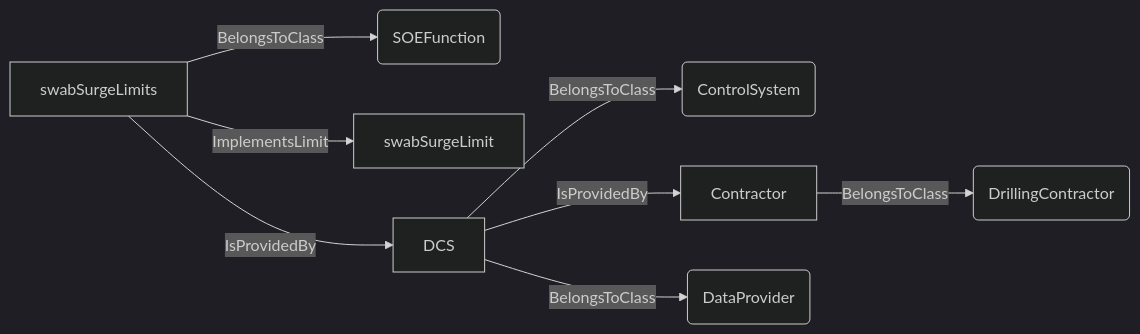
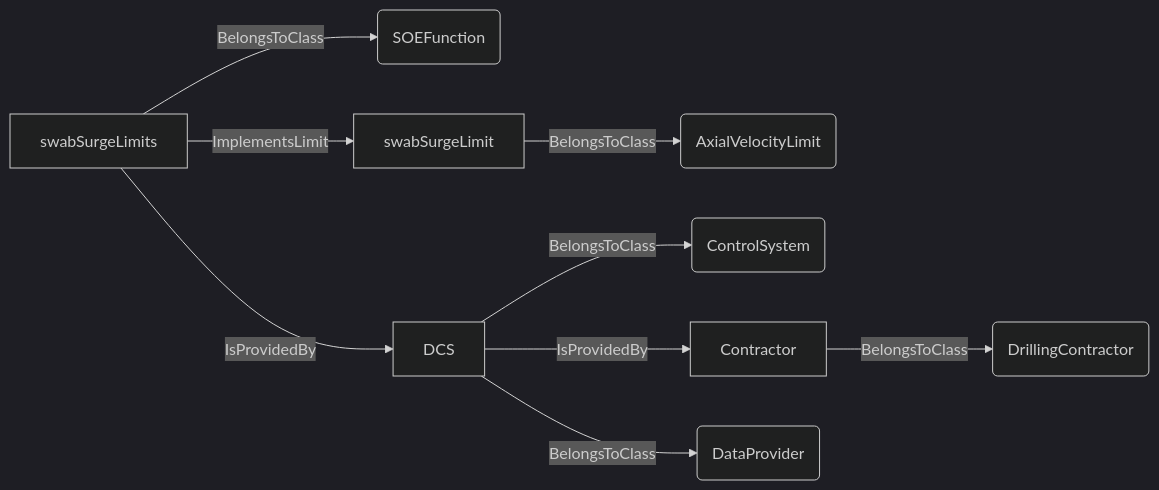
The eighth of 20 diagrams in docs/vocabulary_development/auto-generated/md/definition-files/ADCS.md (D-WIS/DDHub-Semantic-Interoperability), drawn with Mermaid (dark theme) before and after one commit. The commit also changed other lines of this file and 14 other files, not shown here.

````diff
--- a/docs/vocabulary_development/auto-generated/md/definition-files/ADCS.md
+++ b/docs/vocabulary_development/auto-generated/md/definition-files/ADCS.md
@@ -345,10 +354,11 @@
 ```mermaid
 graph LR
 	N0000[swabSurgeLimits] -->|BelongsToClass| N0001(SOEFunction) 
+	N0002[swabSurgeLimit] -->|BelongsToClass| N0003(AxialVelocityLimit) 
 	N0000[swabSurgeLimits] -->|ImplementsLimit| N0002[swabSurgeLimit] 
-	N0003[DCS] -->|BelongsToClass| N0004(ControlSystem) 
-	N0005[Contractor] -->|BelongsToClass| N0006(DrillingContractor) 
-	N0003[DCS] -->|IsProvidedBy| N0005[Contractor] 
-	N0003[DCS] -->|BelongsToClass| N0007(DataProvider) 
-	N0000[swabSurgeLimits] -->|IsProvidedBy| N0003[DCS] 
+	N0004[DCS] -->|BelongsToClass| N0005(ControlSystem) 
+	N0006[Contractor] -->|BelongsToClass| N0007(DrillingContractor) 
+	N0004[DCS] -->|IsProvidedBy| N0006[Contractor] 
+	N0004[DCS] -->|BelongsToClass| N0008(DataProvider) 
+	N0000[swabSurgeLimits] -->|IsProvidedBy| N0004[DCS] 
 ```
````
